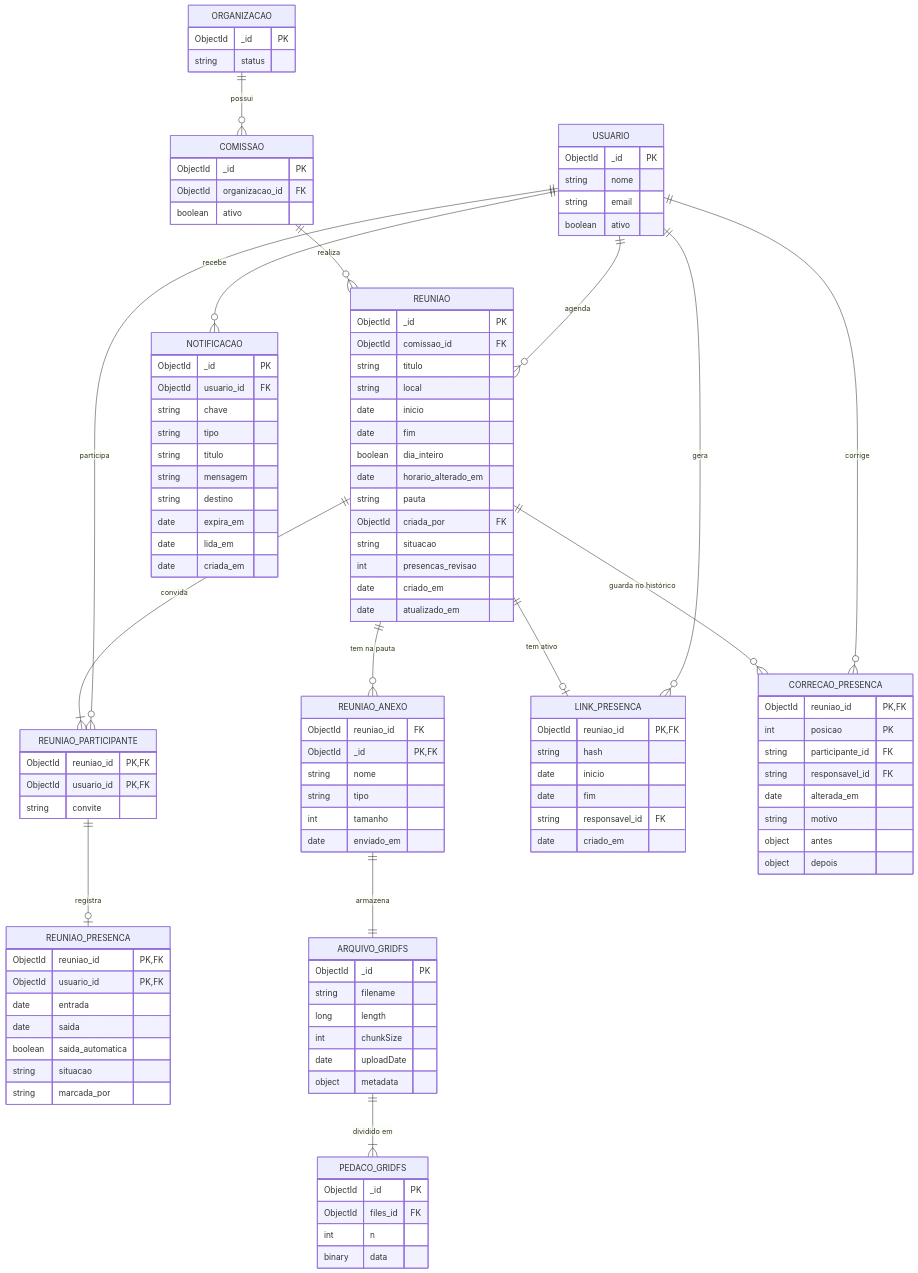
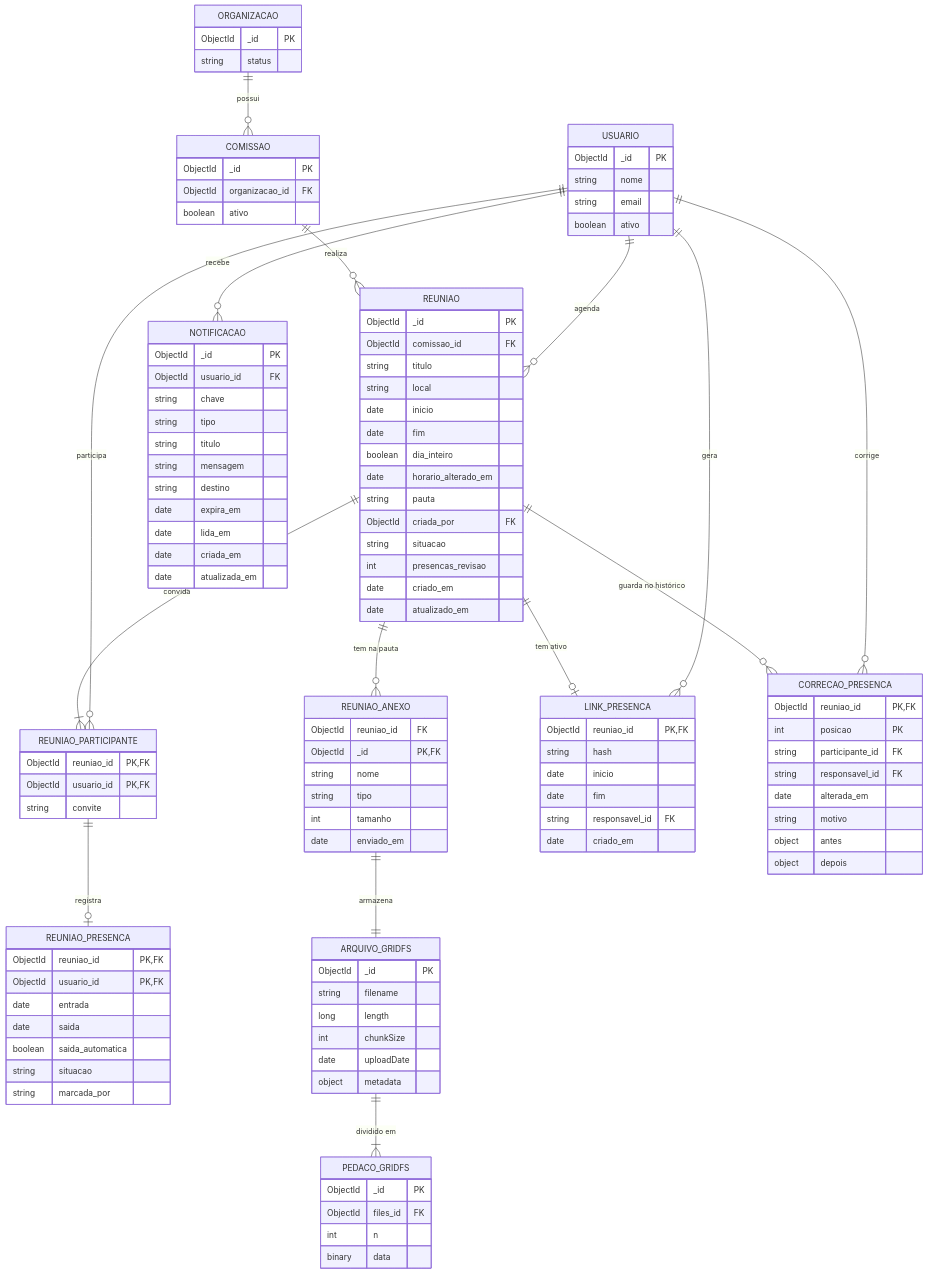
The diagram in 3 - Incremento 2/reunioes/4 - diagrama-relacional-reunioes.md (Conecta-IFSP/DOCUMENTATION), drawn with Mermaid before and after one commit. The commit also changed other lines of this file and 97 other files, not shown here.

```diff
--- a/3 - Incremento 2/reunioes/4 - diagrama-relacional-reunioes.md
+++ b/3 - Incremento 2/reunioes/4 - diagrama-relacional-reunioes.md
@@ -108,6 +108,7 @@
         date expira_em
         date lida_em
         date criada_em
+        date atualizada_em
     }
     COMISSAO {
         ObjectId _id PK
```
